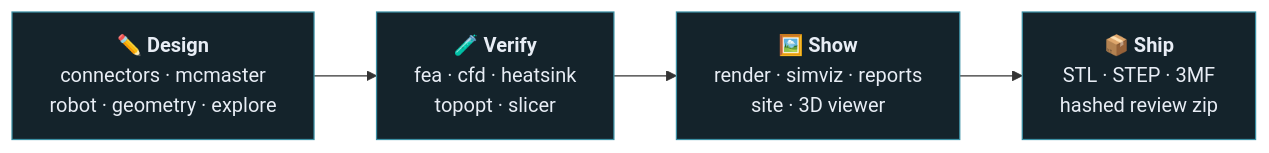
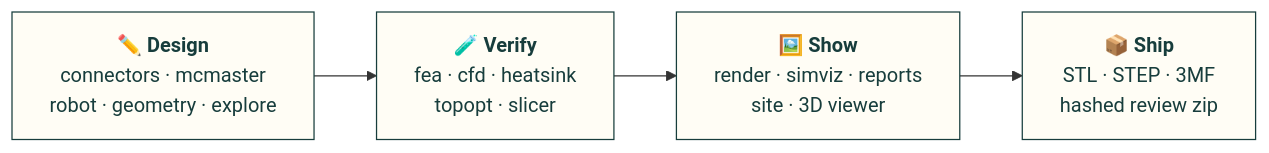
Before and after one commit to Valpatel/cad-agent: the third of 3 diagrams in README.md, drawn with Mermaid. The commit also changed other lines of this file, not shown here.

````diff
--- a/README.md
+++ b/README.md
@@ -50,10 +97,10 @@
 ```mermaid
 flowchart LR
     D["✏️ <b>Design</b><br/>connectors · mcmaster<br/>robot · geometry · explore"]
     V["🧪 <b>Verify</b><br/>fea · cfd · heatsink<br/>topopt · slicer"]
     S["🖼️ <b>Show</b><br/>render · simviz · reports<br/>site · 3D viewer"]
     P["📦 <b>Ship</b><br/>STL · STEP · 3MF<br/>hashed review zip"]
     D --> V --> S --> P
-    classDef g fill:#14232b,stroke:#3a8fa3,color:#e8edf5
+    classDef g fill:#fffdf5,stroke:#173d3c,color:#173d3c
     class D,V,S,P g
 ```
````
